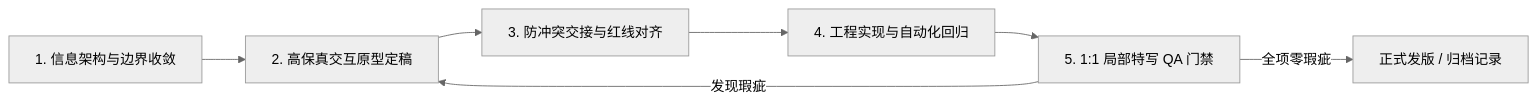
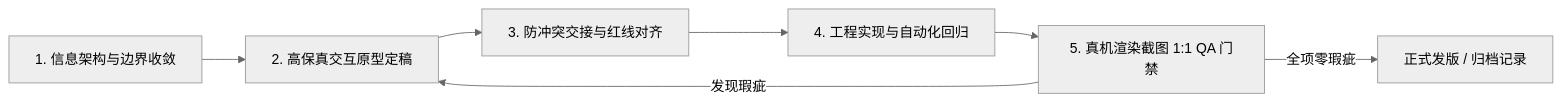
The diagram in docs/ui-design-system.md (CaesarLastKing/FD-ClaudeGuard), drawn with Mermaid (neutral theme) before and after one commit. The commit also changed other lines of this file and 56 other files, not shown here.

````diff
--- a/docs/ui-design-system.md
+++ b/docs/ui-design-system.md
@@ -13,9 +19,9 @@
 ```mermaid
 flowchart LR
   S1["1. 信息架构与边界收敛"] --> S2["2. 高保真交互原型定稿"]
   S2 --> S3["3. 防冲突交接与红线对齐"]
   S3 --> S4["4. 工程实现与自动化回归"]
-  S4 --> S5["5. 1:1 局部特写 QA 门禁"]
+  S4 --> S5["5. 真机渲染截图 1:1 QA 门禁"]
   S5 -->|发现瑕疵| S2
   S5 -->|全项零瑕疵| Done["正式发版 / 归档记录"]
 ```
````
